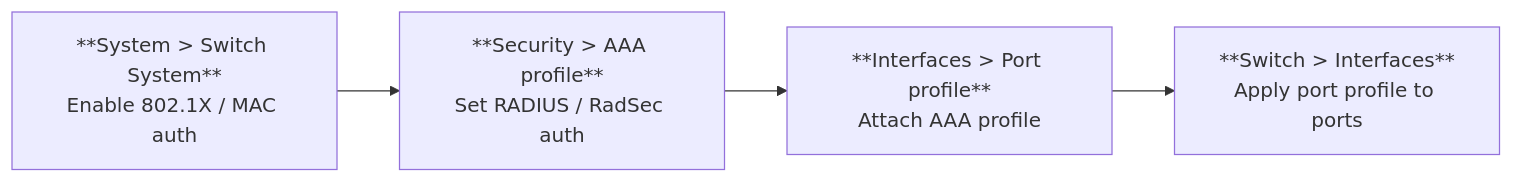
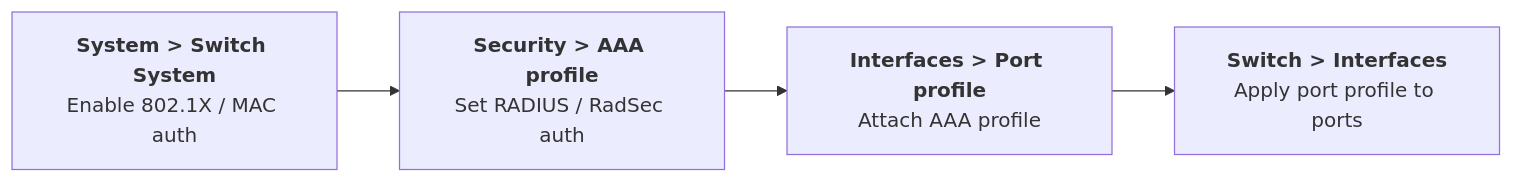
Before and after one commit to willembargeman/hpe-networking-guides: the diagram in central-nac-cx-switch/README.md, drawn with Mermaid. The commit also changed other lines of this file and 28 other files, not shown here.

````diff
--- a/central-nac-cx-switch/README.md
+++ b/central-nac-cx-switch/README.md
@@ -47,7 +48,7 @@
 ```mermaid
 flowchart LR
-    A[**System > Switch System**<br/>Enable 802.1X / MAC auth]
-    A --> B[**Security > AAA profile**<br/>Set RADIUS / RadSec auth]
-    B --> C[**Interfaces > Port profile**<br/>Attach AAA profile]
-    C --> D[**Switch > Interfaces**<br/>Apply port profile to ports]
+    A[<b>System > Switch System</b><br/>Enable 802.1X / MAC auth]
+    A --> B[<b>Security > AAA profile</b><br/>Set RADIUS / RadSec auth]
+    B --> C[<b>Interfaces > Port profile</b><br/>Attach AAA profile]
+    C --> D[<b>Switch > Interfaces</b><br/>Apply port profile to ports]
 ```
````
